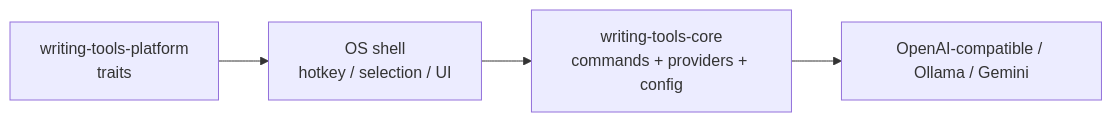
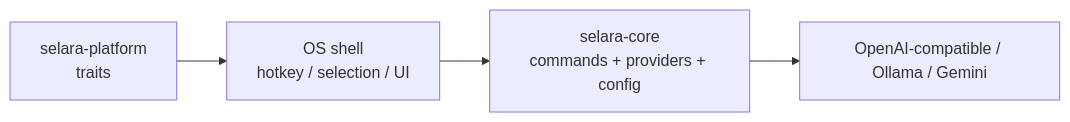
The diagram in README.md (snowopsdev/selara), drawn with Mermaid before and after one commit. The commit also changed other lines of this file and 65 other files, not shown here.

````diff
--- a/README.md
+++ b/README.md
@@ -9,6 +11,6 @@
 ```mermaid
 flowchart LR
-  Shell["OS shell<br/>hotkey / selection / UI"] --> Core["writing-tools-core<br/>commands + providers + config"]
+  Shell["OS shell<br/>hotkey / selection / UI"] --> Core["selara-core<br/>commands + providers + config"]
   Core --> Providers["OpenAI-compatible / Ollama / Gemini"]
-  Platform["writing-tools-platform<br/>traits"] --> Shell
+  Platform["selara-platform<br/>traits"] --> Shell
 ```
````
